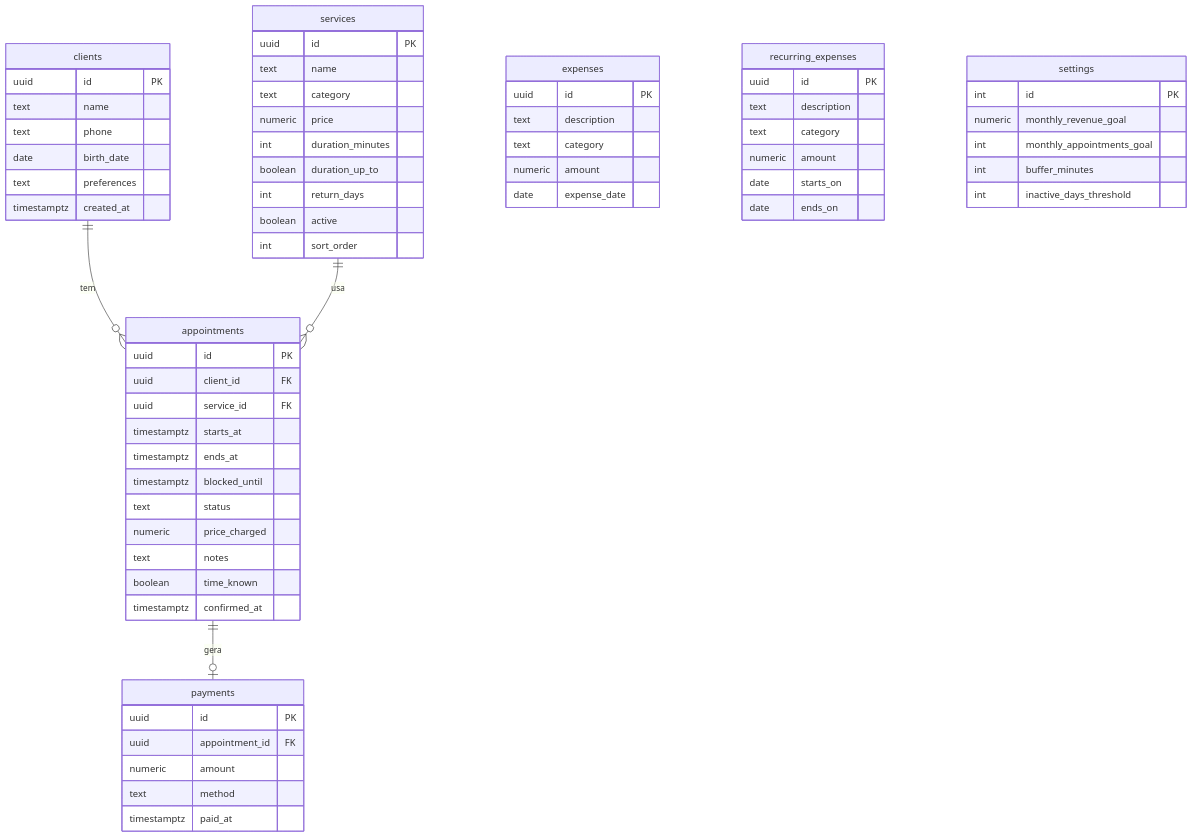
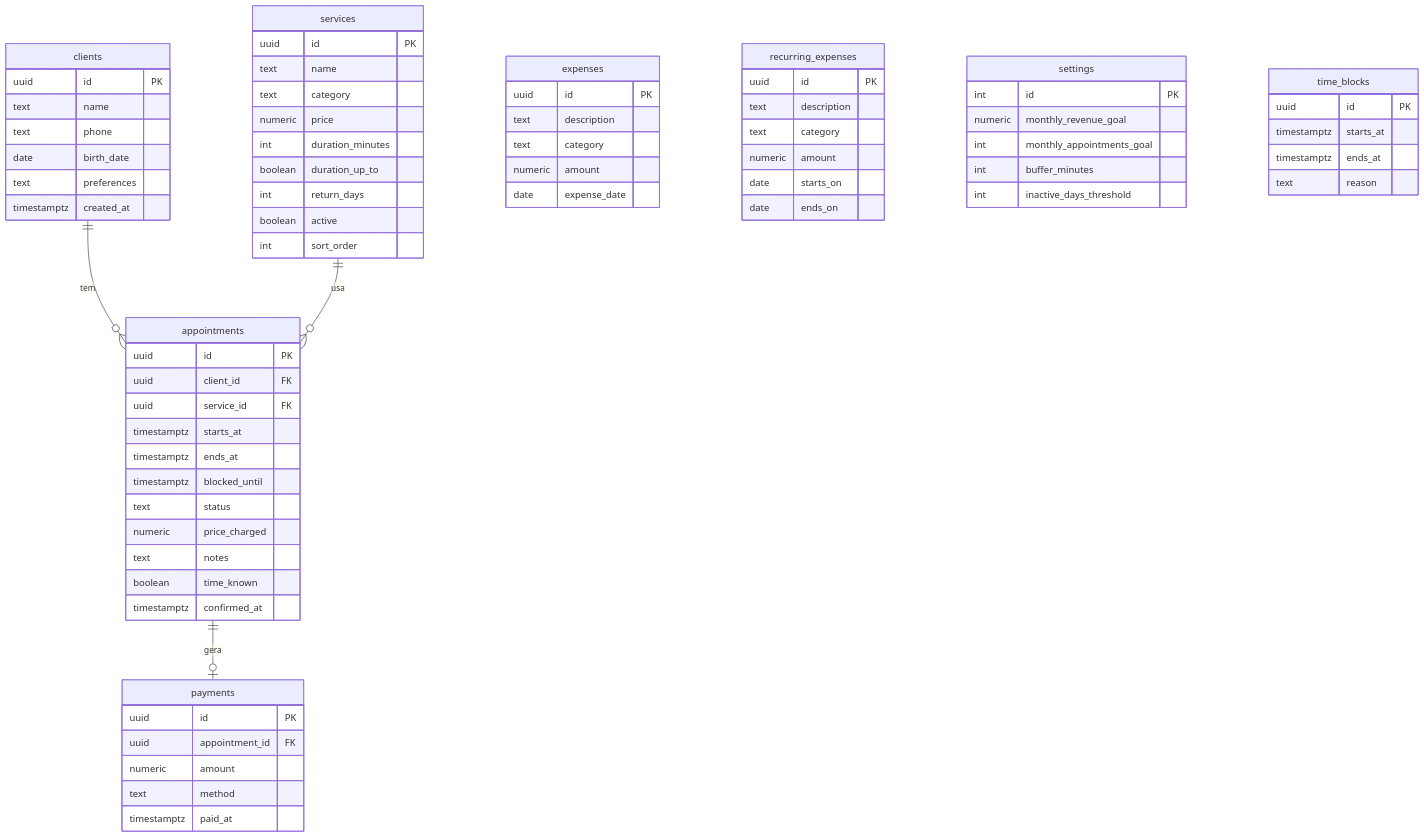
One commit to hygorbatista/Studio-Gabriela-Probst changed the diagram in docs/04-modelo-dados.md. Above: the diagram before and after it, drawn with Mermaid. The commit also changed other lines of this file and 2 other files, not shown here.

Commit message:
docs: bloqueios de horário, busca e roadmap atualizado

````diff
--- a/docs/04-modelo-dados.md
+++ b/docs/04-modelo-dados.md
@@ -7,71 +7,77 @@
 ```mermaid
 erDiagram
     clients ||--o{ appointments : tem
     services ||--o{ appointments : usa
     appointments ||--o| payments : gera
     expenses
     recurring_expenses
     settings
 
     clients {
         uuid id PK
         text name
         text phone
         date birth_date
         text preferences
         timestamptz created_at
     }
     services {
         uuid id PK
         text name
         text category
         numeric price
         int duration_minutes
         boolean duration_up_to
         int return_days
         boolean active
         int sort_order
     }
     appointments {
         uuid id PK
         uuid client_id FK
         uuid service_id FK
         timestamptz starts_at
         timestamptz ends_at
         timestamptz blocked_until
         text status
         numeric price_charged
         text notes
         boolean time_known
         timestamptz confirmed_at
     }
+    time_blocks {
+        uuid id PK
+        timestamptz starts_at
+        timestamptz ends_at
+        text reason
+    }
     payments {
         uuid id PK
         uuid appointment_id FK
         numeric amount
         text method
         timestamptz paid_at
     }
     expenses {
         uuid id PK
         text description
         text category
         numeric amount
         date expense_date
     }
     recurring_expenses {
         uuid id PK
         text description
         text category
         numeric amount
         date starts_on
         date ends_on
     }
     settings {
         int id PK
         numeric monthly_revenue_goal
         int monthly_appointments_goal
         int buffer_minutes
         int inactive_days_threshold
     }
 ```
````
